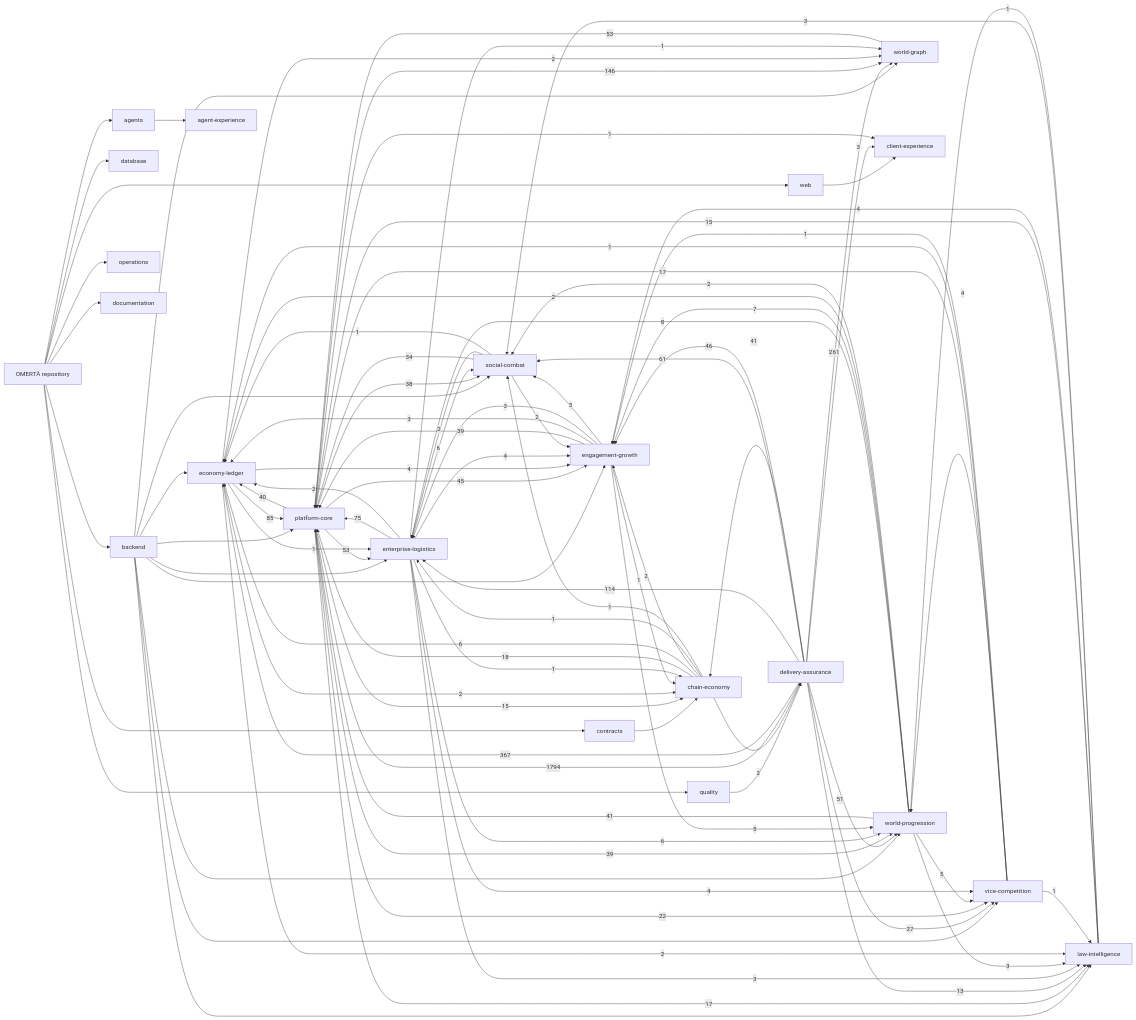
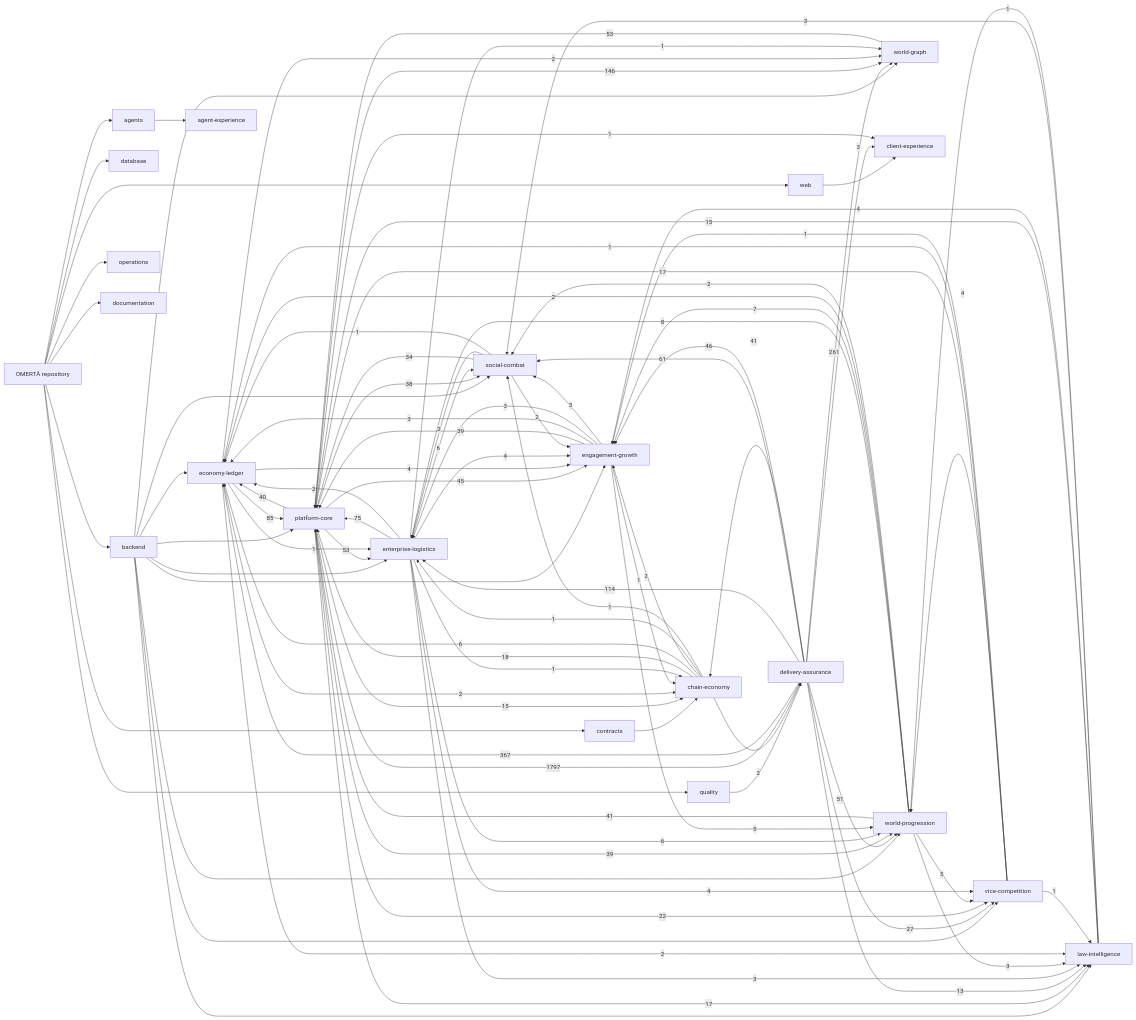
The diagram in knowledge/generated/graph.mmd (OmertaDev/Omerta), drawn with Mermaid before and after one commit. The commit also changed 6 other files, not shown here.

```diff
--- a/knowledge/generated/graph.mmd
+++ b/knowledge/generated/graph.mmd
@@ -1,113 +1,113 @@
 flowchart LR
   repo["OMERTÀ repository"]
   sub_backend["backend"]
   repo --> sub_backend
   sub_database["database"]
   repo --> sub_database
   sub_web["web"]
   repo --> sub_web
   sub_contracts["contracts"]
   repo --> sub_contracts
   sub_agents["agents"]
   repo --> sub_agents
   sub_quality["quality"]
   repo --> sub_quality
   sub_operations["operations"]
   repo --> sub_operations
   sub_documentation["documentation"]
   repo --> sub_documentation
   dom_platform-core["platform-core"]
   dom_economy-ledger["economy-ledger"]
   dom_social-combat["social-combat"]
   dom_world-progression["world-progression"]
   dom_world-graph["world-graph"]
   dom_enterprise-logistics["enterprise-logistics"]
   dom_vice-competition["vice-competition"]
   dom_law-intelligence["law-intelligence"]
   dom_chain-economy["chain-economy"]
   dom_engagement-growth["engagement-growth"]
   dom_client-experience["client-experience"]
   dom_agent-experience["agent-experience"]
   dom_delivery-assurance["delivery-assurance"]
   sub_agents --> dom_agent-experience
   sub_backend --> dom_economy-ledger
   sub_backend --> dom_engagement-growth
   sub_backend --> dom_enterprise-logistics
   sub_backend --> dom_law-intelligence
   sub_backend --> dom_platform-core
   sub_backend --> dom_social-combat
   sub_backend --> dom_vice-competition
   sub_backend --> dom_world-graph
   sub_backend --> dom_world-progression
   sub_contracts --> dom_chain-economy
   sub_quality --> dom_delivery-assurance
   sub_web --> dom_client-experience
-  dom_delivery-assurance -->|1794| dom_platform-core
+  dom_delivery-assurance -->|1797| dom_platform-core
   dom_delivery-assurance -->|367| dom_economy-ledger
   dom_delivery-assurance -->|261| dom_world-graph
   dom_platform-core -->|146| dom_world-graph
   dom_delivery-assurance -->|114| dom_enterprise-logistics
   dom_economy-ledger -->|85| dom_platform-core
   dom_enterprise-logistics -->|75| dom_platform-core
   dom_delivery-assurance -->|61| dom_social-combat
   dom_platform-core -->|53| dom_enterprise-logistics
   dom_world-graph -->|53| dom_platform-core
   dom_delivery-assurance -->|51| dom_world-progression
   dom_delivery-assurance -->|46| dom_engagement-growth
   dom_platform-core -->|45| dom_engagement-growth
   dom_delivery-assurance -->|41| dom_chain-economy
   dom_world-progression -->|41| dom_platform-core
   dom_platform-core -->|40| dom_economy-ledger
   dom_engagement-growth -->|39| dom_platform-core
   dom_platform-core -->|39| dom_world-progression
   dom_platform-core -->|38| dom_social-combat
   dom_social-combat -->|34| dom_platform-core
   dom_delivery-assurance -->|27| dom_vice-competition
   dom_platform-core -->|22| dom_vice-competition
   dom_chain-economy -->|18| dom_platform-core
   dom_platform-core -->|17| dom_law-intelligence
   dom_vice-competition -->|17| dom_platform-core
   dom_law-intelligence -->|15| dom_platform-core
   dom_platform-core -->|15| dom_chain-economy
   dom_delivery-assurance -->|13| dom_law-intelligence
   dom_world-progression -->|8| dom_enterprise-logistics
   dom_world-progression -->|7| dom_engagement-growth
   dom_chain-economy -->|6| dom_economy-ledger
   dom_enterprise-logistics -->|6| dom_social-combat
   dom_enterprise-logistics -->|6| dom_world-progression
   dom_engagement-growth -->|5| dom_world-progression
   dom_world-progression -->|5| dom_vice-competition
   dom_economy-ledger -->|4| dom_engagement-growth
   dom_enterprise-logistics -->|4| dom_engagement-growth
   dom_enterprise-logistics -->|4| dom_vice-competition
   dom_law-intelligence -->|4| dom_engagement-growth
   dom_vice-competition -->|4| dom_world-progression
   dom_delivery-assurance -->|3| dom_client-experience
   dom_engagement-growth -->|3| dom_economy-ledger
   dom_engagement-growth -->|3| dom_enterprise-logistics
   dom_engagement-growth -->|3| dom_social-combat
   dom_enterprise-logistics -->|3| dom_law-intelligence
   dom_law-intelligence -->|3| dom_social-combat
   dom_world-progression -->|3| dom_law-intelligence
   dom_chain-economy -->|2| dom_delivery-assurance
   dom_chain-economy -->|2| dom_engagement-growth
   dom_economy-ledger -->|2| dom_chain-economy
   dom_economy-ledger -->|2| dom_law-intelligence
   dom_economy-ledger -->|2| dom_world-graph
   dom_enterprise-logistics -->|2| dom_economy-ledger
   dom_social-combat -->|2| dom_engagement-growth
   dom_social-combat -->|2| dom_enterprise-logistics
   dom_world-progression -->|2| dom_economy-ledger
   dom_world-progression -->|2| dom_social-combat
   dom_chain-economy -->|1| dom_enterprise-logistics
   dom_chain-economy -->|1| dom_social-combat
   dom_economy-ledger -->|1| dom_enterprise-logistics
   dom_engagement-growth -->|1| dom_chain-economy
   dom_enterprise-logistics -->|1| dom_chain-economy
   dom_enterprise-logistics -->|1| dom_world-graph
   dom_law-intelligence -->|1| dom_world-progression
   dom_platform-core -->|1| dom_client-experience
   dom_social-combat -->|1| dom_economy-ledger
   dom_vice-competition -->|1| dom_economy-ledger
   dom_vice-competition -->|1| dom_engagement-growth
   dom_vice-competition -->|1| dom_law-intelligence
```
